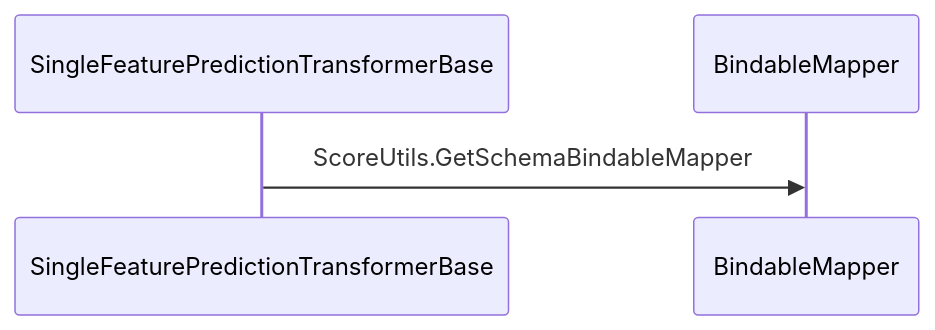
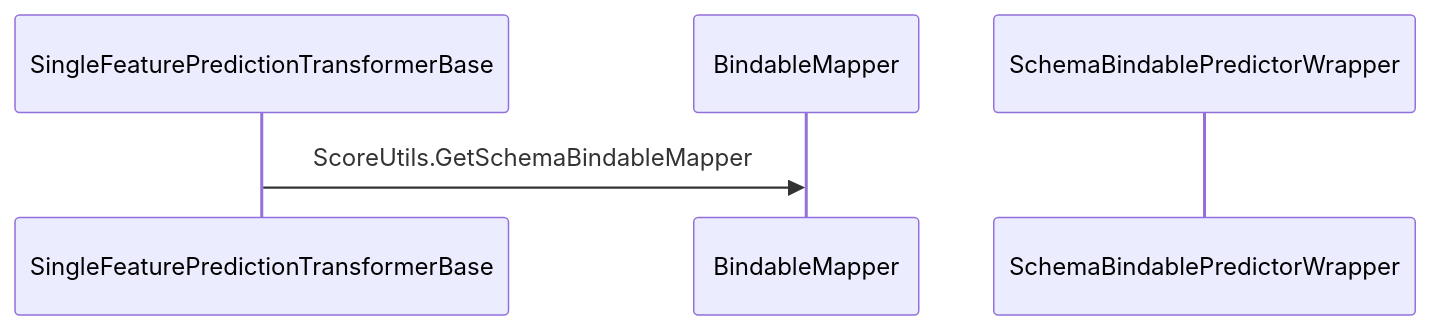
Before and after one commit to rgesteve/mlnetarchdiagrams: the diagram in seq_trainertransform.mmd, drawn with Mermaid. The commit also changed 1 other file, not shown here.

Commit message:
Added a couple of classes to diagram

```diff
--- a/seq_trainertransform.mmd
+++ b/seq_trainertransform.mmd
@@ -1,4 +1,5 @@
   sequenceDiagram 
     participant  SFPTB as  SingleFeaturePredictionTransformerBase
     participant  BM as  BindableMapper
+    participant  SBPW as  SchemaBindablePredictorWrapper
       SFPTB->>BM: ScoreUtils.GetSchemaBindableMapper
```
